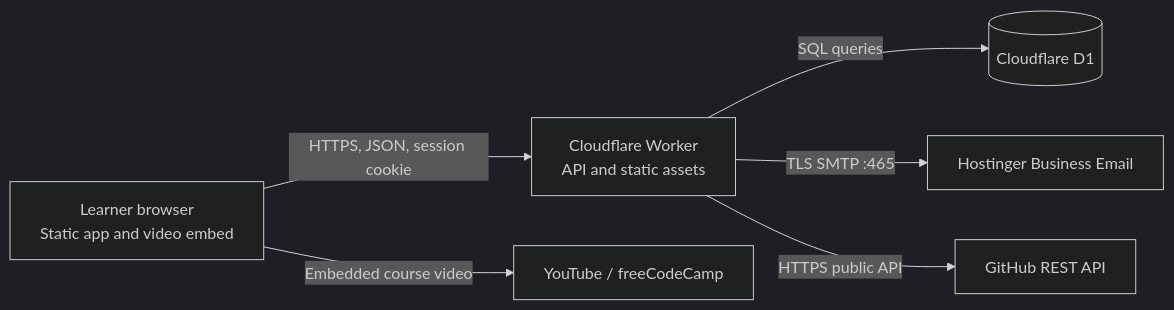
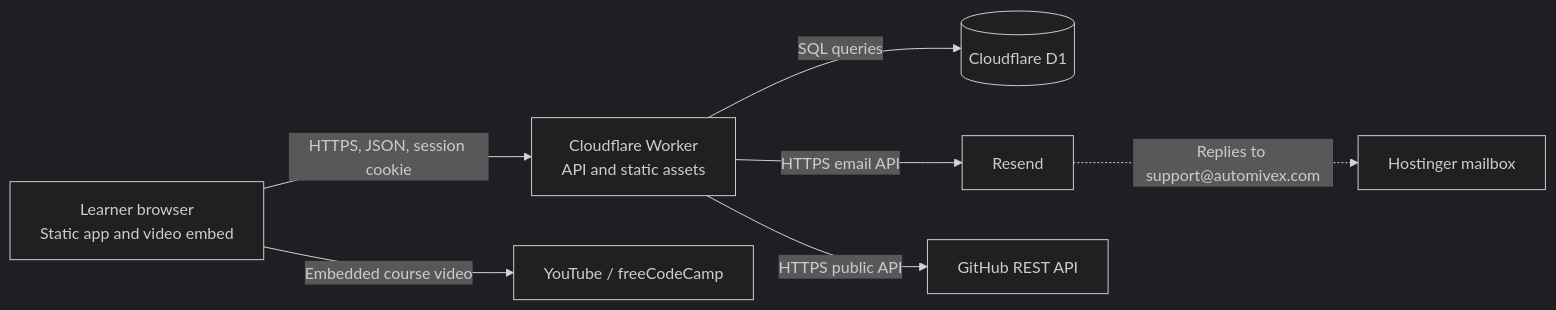
One commit to Attayab-31/Automivex-Learning-Platform changed the diagram in README.md. Above: the diagram before and after it, drawn with Mermaid (dark theme). The commit also changed other lines of this file and 7 other files, not shown here.

Commit message:
Add button loading states and Resend email

````diff
--- a/README.md
+++ b/README.md
@@ -85,8 +85,9 @@
 ```mermaid
 flowchart LR
     Browser["Learner browser<br/>Static app and video embed"] -->|"HTTPS, JSON, session cookie"| Worker["Cloudflare Worker<br/>API and static assets"]
     Worker -->|"SQL queries"| D1[("Cloudflare D1")]
-    Worker -->|"TLS SMTP :465"| Mail["Hostinger Business Email"]
+    Worker -->|"HTTPS email API"| Mail["Resend"]
+    Mail -.->|"Replies to support@automivex.com"| Hostinger["Hostinger mailbox"]
     Worker -->|"HTTPS public API"| GitHub["GitHub REST API"]
     Browser -->|"Embedded course video"| YouTube["YouTube / freeCodeCamp"]
 ```
````
